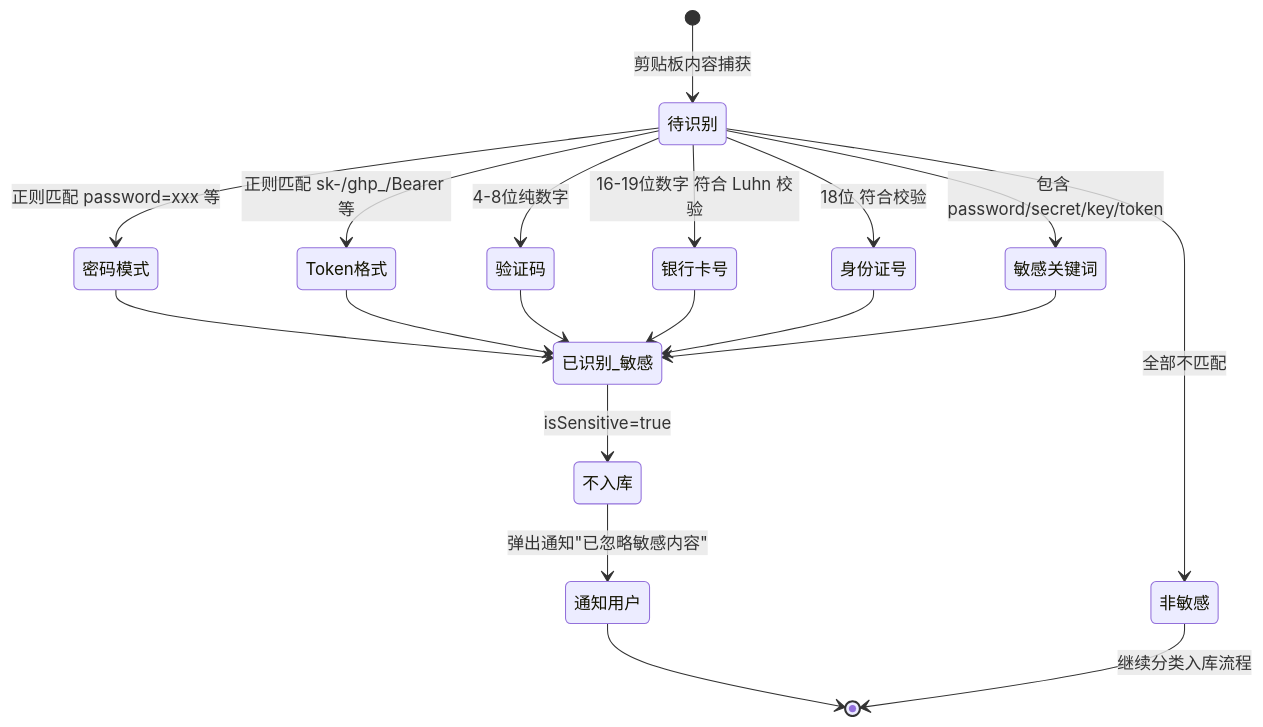
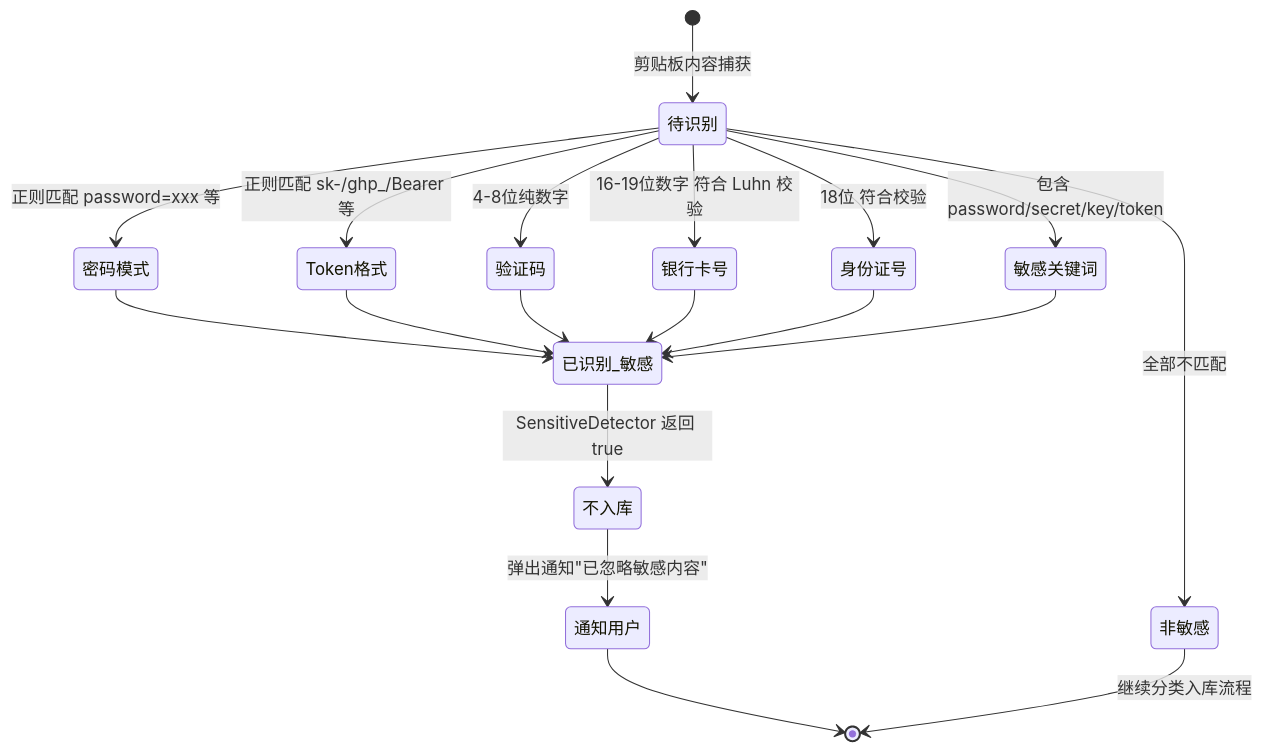
The tenth of 13 diagrams in docs/planning/P0/F1/F1_ClipMind_设计规范.md (marcocpt/ClipMind), drawn with Mermaid before and after one commit. The commit also changed other lines of this file, not shown here.

````diff
--- a/docs/planning/P0/F1/F1_ClipMind_设计规范.md
+++ b/docs/planning/P0/F1/F1_ClipMind_设计规范.md
@@ -450,25 +450,25 @@
 ```mermaid
 stateDiagram-v2
     [*] --> 待识别: 剪贴板内容捕获
     
     待识别 --> 密码模式: 正则匹配 password=xxx 等
     待识别 --> Token格式: 正则匹配 sk-/ghp_/Bearer 等
     待识别 --> 验证码: 4-8位纯数字
     待识别 --> 银行卡号: 16-19位数字 符合 Luhn 校验
     待识别 --> 身份证号: 18位 符合校验
     待识别 --> 敏感关键词: 包含 password/secret/key/token
     待识别 --> 非敏感: 全部不匹配
     
     密码模式 --> 已识别_敏感
     Token格式 --> 已识别_敏感
     验证码 --> 已识别_敏感
     银行卡号 --> 已识别_敏感
     身份证号 --> 已识别_敏感
     敏感关键词 --> 已识别_敏感
     
-    已识别_敏感 --> 不入库: isSensitive=true
+    已识别_敏感 --> 不入库: SensitiveDetector 返回 true
     不入库 --> 通知用户: 弹出通知"已忽略敏感内容"
     通知用户 --> [*]
     
     非敏感 --> [*]: 继续分类入库流程
 ```
````
